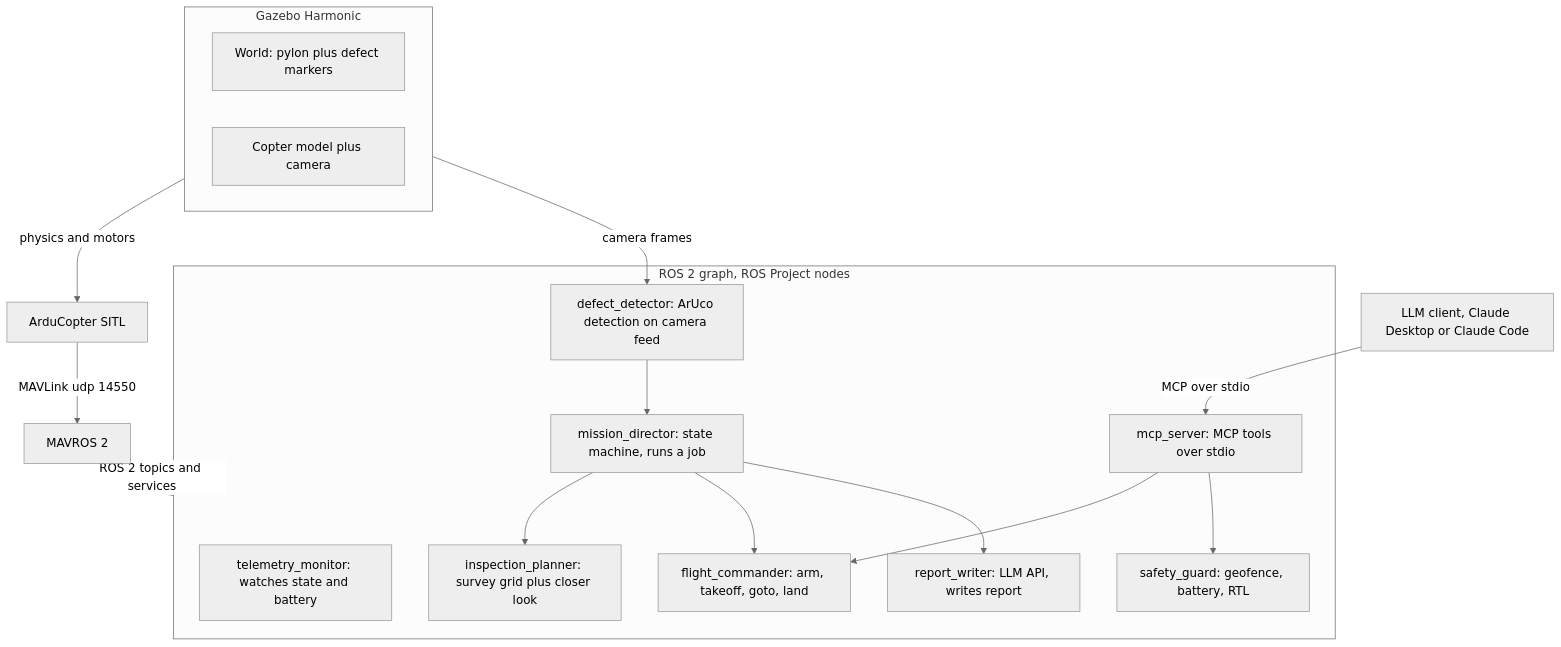
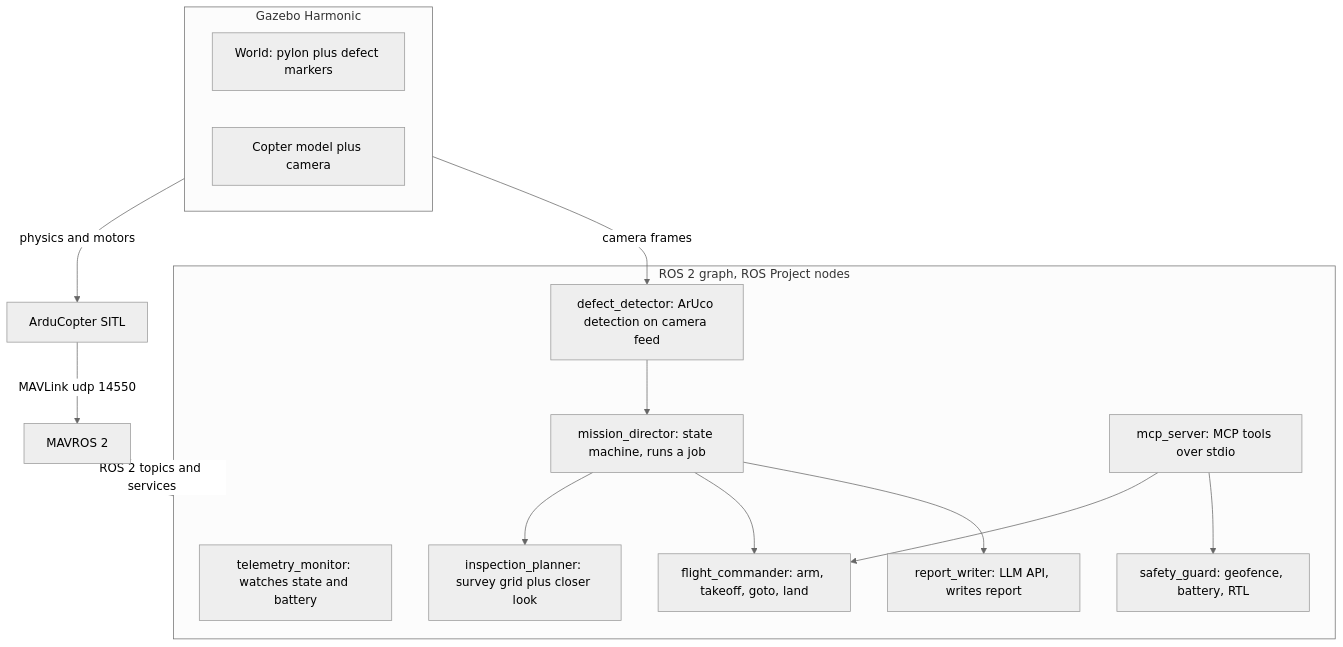
Before and after one commit to ajnieves1/Kestrel: the diagram in README.md, drawn with Mermaid (neutral theme).

Commit message:
Update README to remove llm client and adjust mcp
Removed llm client reference and adjusted mcp connections.

````diff
--- a/README.md
+++ b/README.md
@@ -12,35 +12,34 @@
 ```mermaid
 flowchart TB
     subgraph sim[Gazebo Harmonic]
         world[World: pylon plus defect markers]
         copter[Copter model plus camera]
     end
 
     sitl[ArduCopter SITL]
     mavros[MAVROS 2]
 
     subgraph nodes[ROS 2 graph, ROS Project nodes]
         telemetry[telemetry_monitor: watches state and battery]
         commander[flight_commander: arm, takeoff, goto, land]
         guard[safety_guard: geofence, battery, RTL]
         detector[defect_detector: ArUco detection on camera feed]
         planner[inspection_planner: survey grid plus closer look]
         director[mission_director: state machine, runs a job]
         writer[report_writer: LLM API, writes report]
         mcp[mcp_server: MCP tools over stdio]
     end
 
-    llm[LLM client, Claude Desktop or Claude Code]
 
     sim -- physics and motors --> sitl
     sim -- camera frames --> detector
     sitl -- MAVLink udp 14550 --> mavros
     mavros -- ROS 2 topics and services --> nodes
     director --> planner
     director --> commander
     detector --> director
     director --> writer
-    llm -- MCP over stdio --> mcp
+    mcp
     mcp --> commander
     mcp --> guard
 ```
````
